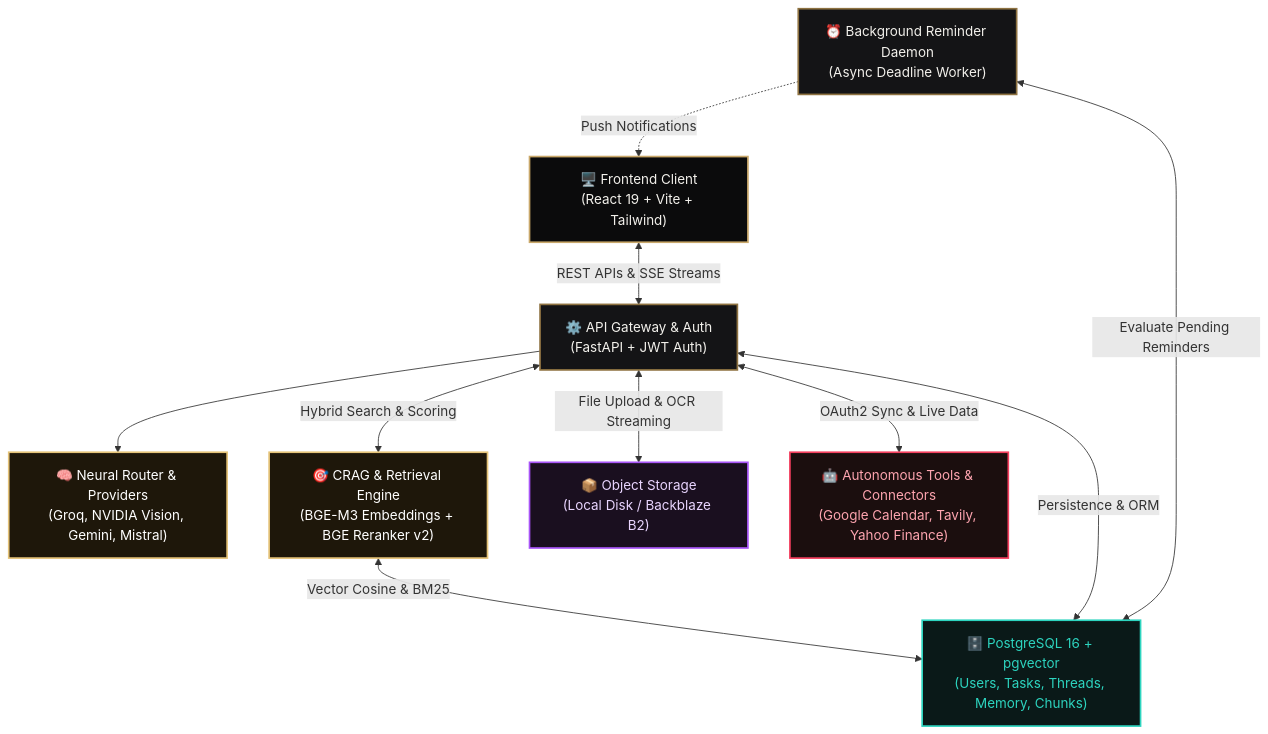
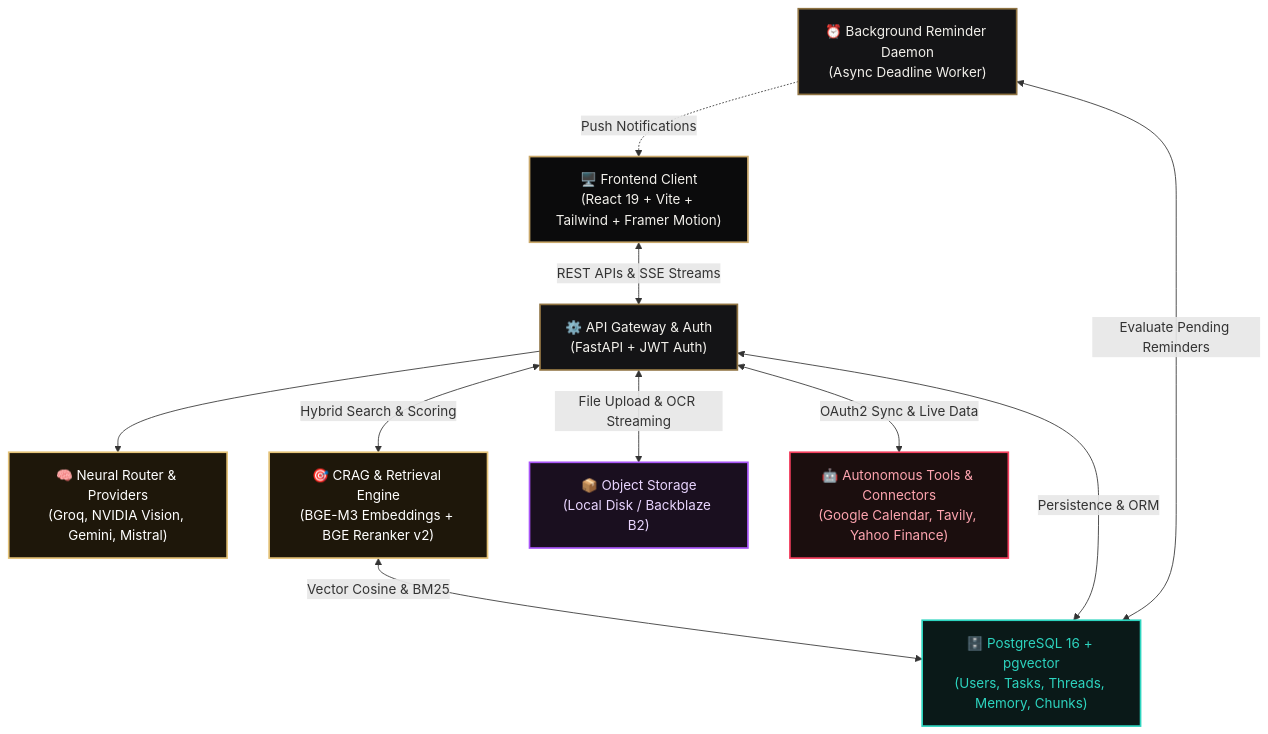
The diagram in README.md (gpranit16/tark-ai), drawn with Mermaid before and after one commit. The commit also changed other lines of this file and 5 other files, not shown here.

Commit message:
docs: include all authentic screenshots in README and fix schema null-safety for older threads

````diff
--- a/README.md
+++ b/README.md
@@ -101,28 +119,28 @@
 ```mermaid
 graph TD
     classDef client fill:#0B0B0C,stroke:#C9A86A,stroke-width:2px,color:#F2F0EB;
     classDef gateway fill:#141416,stroke:#8E7241,stroke-width:2px,color:#F2F0EB;
     classDef router fill:#1E170A,stroke:#E5C378,stroke-width:2px,color:#FFF;
     classDef data fill:#0A1918,stroke:#2DD4BF,stroke-width:2px,color:#2DD4BF;
     classDef cloud fill:#1A0F1F,stroke:#A855F7,stroke-width:2px,color:#E9D5FF;
     classDef ext fill:#1B0E0E,stroke:#F43F5E,stroke-width:2px,color:#FDA4AF;
 
-    A["🖥️ Frontend Client<br/>(React 19 + Vite + Tailwind)"]:::client
+    A["🖥️ Frontend Client<br/>(React 19 + Vite + Tailwind + Framer Motion)"]:::client
     B["⚙️ API Gateway & Auth<br/>(FastAPI + JWT Auth)"]:::gateway
     C["🧠 Neural Router & Providers<br/>(Groq, NVIDIA Vision, Gemini, Mistral)"]:::router
     D["🎯 CRAG & Retrieval Engine<br/>(BGE-M3 Embeddings + BGE Reranker v2)"]:::router
     E["🗄️ PostgreSQL 16 + pgvector<br/>(Users, Tasks, Threads, Memory, Chunks)"]:::data
     F["📦 Object Storage<br/>(Local Disk / Backblaze B2)"]:::cloud
     G["🤖 Autonomous Tools & Connectors<br/>(Google Calendar, Tavily, Yahoo Finance)"]:::ext
     H["⏰ Background Reminder Daemon<br/>(Async Deadline Worker)"]:::gateway
 
     A <-->|REST APIs & SSE Streams| B
     B --> C
     B <-->|Hybrid Search & Scoring| D
     D <-->|Vector Cosine & BM25| E
     B <-->|Persistence & ORM| E
     B <-->|File Upload & OCR Streaming| F
     B <-->|OAuth2 Sync & Live Data| G
     H <-->|Evaluate Pending Reminders| E
     H -.->|Push Notifications| A
 ```
````
